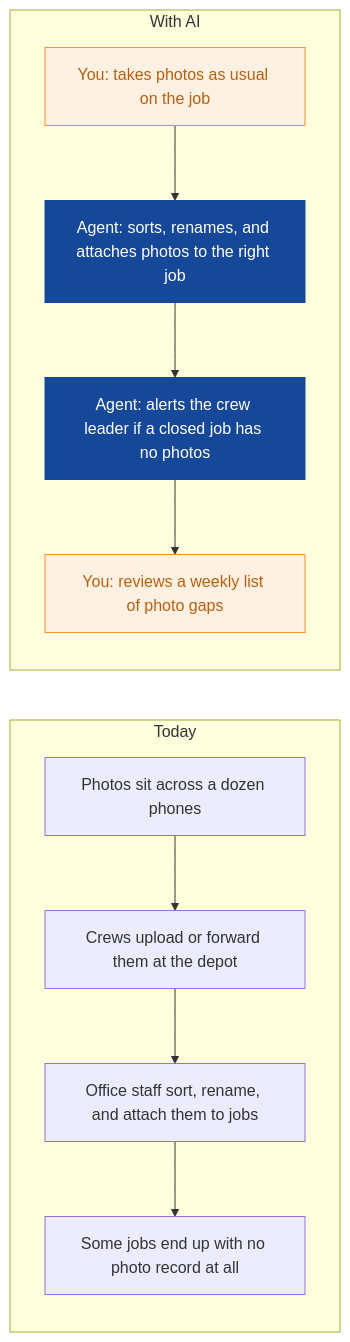
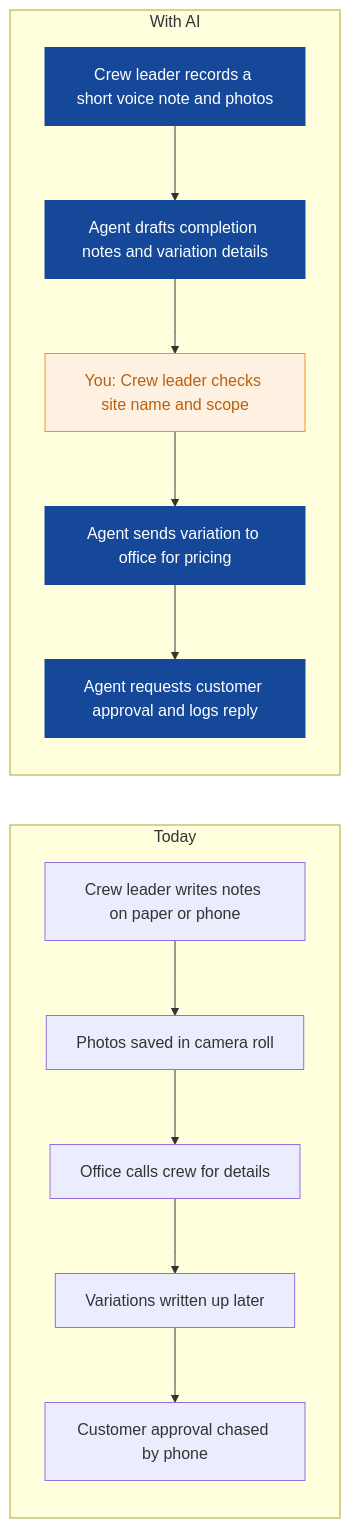
Before and after one commit to nexibeo/Complete-AI-Strategy: the fifth of 8 diagrams in strategies/verdant-roots-landscaping.md, drawn with Mermaid. The commit also changed other lines of this file and 26 other files, not shown here.

````diff
--- a/strategies/verdant-roots-landscaping.md
+++ b/strategies/verdant-roots-landscaping.md
@@ -187,21 +169,23 @@
 ```mermaid
 flowchart LR
   subgraph Today
-    B0["Photos sit across a dozen phones"]
-    B1["Crews upload or forward them at the depot"]
-    B2["Office staff sort, rename, and attach them to jobs"]
-    B3["Some jobs end up with no photo record at all"]
-    B0 --> B1 --> B2 --> B3
+    B0["Crew leader writes notes on paper or phone"]
+    B1["Photos saved in camera roll"]
+    B2["Office calls crew for details"]
+    B3["Variations written up later"]
+    B4["Customer approval chased by phone"]
+    B0 --> B1 --> B2 --> B3 --> B4
   end
   subgraph WithAI[With AI]
-    A0["You: takes photos as usual on the job"]
-    A1["Agent: sorts, renames, and attaches photos to the right job"]
-    A2["Agent: alerts the crew leader if a closed job has no photos"]
-    A3["You: reviews a weekly list of photo gaps"]
-    A0 --> A1 --> A2 --> A3
+    A0["Crew leader records a short voice note and photos"]
+    A1["Agent drafts completion notes and variation details"]
+    A2["You: Crew leader checks site name and scope"]
+    A3["Agent sends variation to office for pricing"]
+    A4["Agent requests customer approval and logs reply"]
+    A0 --> A1 --> A2 --> A3 --> A4
   end
   classDef ai fill:#154899,color:#fff,stroke:#154899
   classDef human fill:#FFF1E2,color:#B8600F,stroke:#F98F2C
-  class A1,A2 ai
-  class A0,A3 human
+  class A0,A1,A3,A4 ai
+  class A2 human
 ```
````
